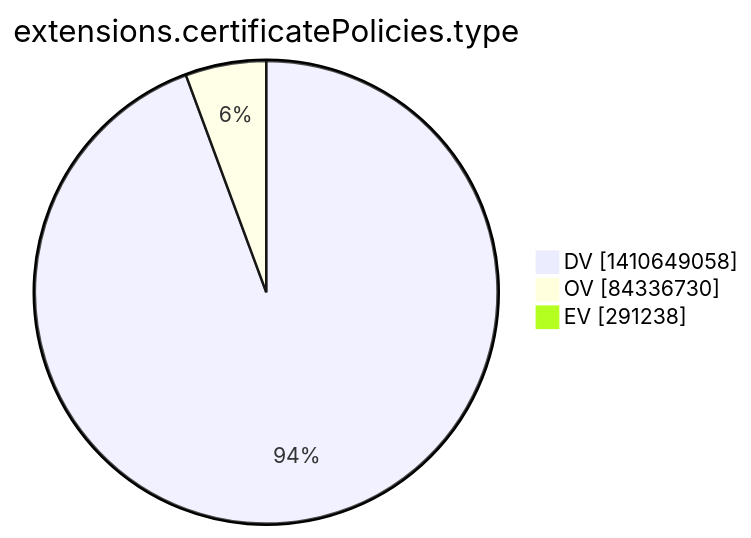
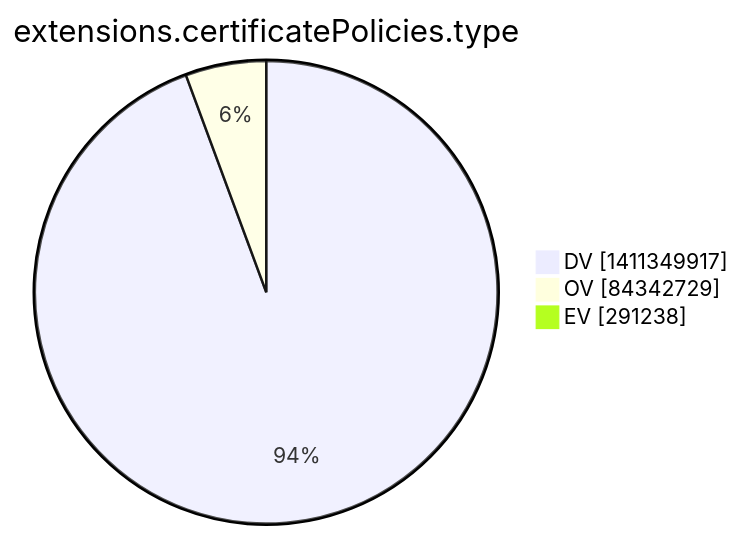
One commit to christiankrug/ctmonitor_visualization changed the tenth of 15 diagrams in argon2022/README.md. Above: the diagram before and after it, drawn with Mermaid. The commit also changed other lines of this file, not shown here.

````diff
--- a/argon2022/README.md
+++ b/argon2022/README.md
@@ -2773,7 +2773,7 @@
 ```mermaid
 pie showData
 title extensions.certificatePolicies.type
-"DV" :1410649058
-"OV" :84336730
+"DV" :1411349917
+"OV" :84342729
 "EV" :291238
 ```
````
